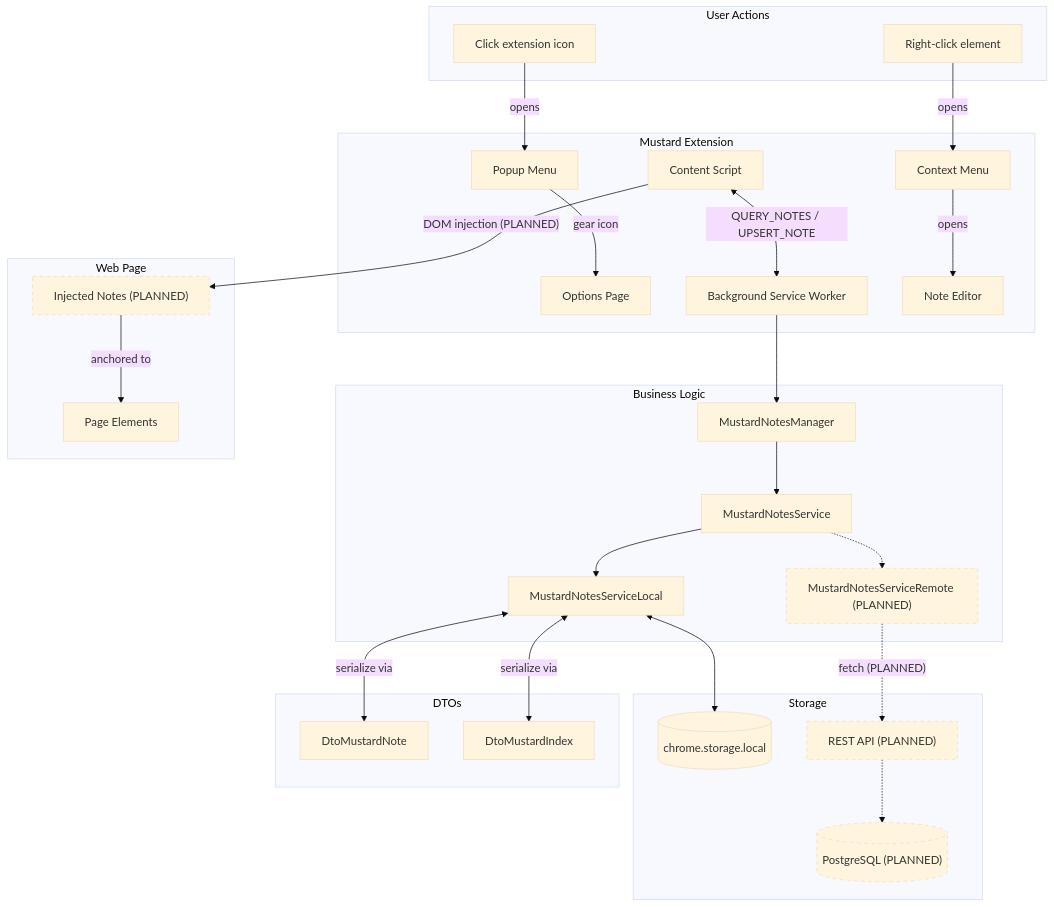
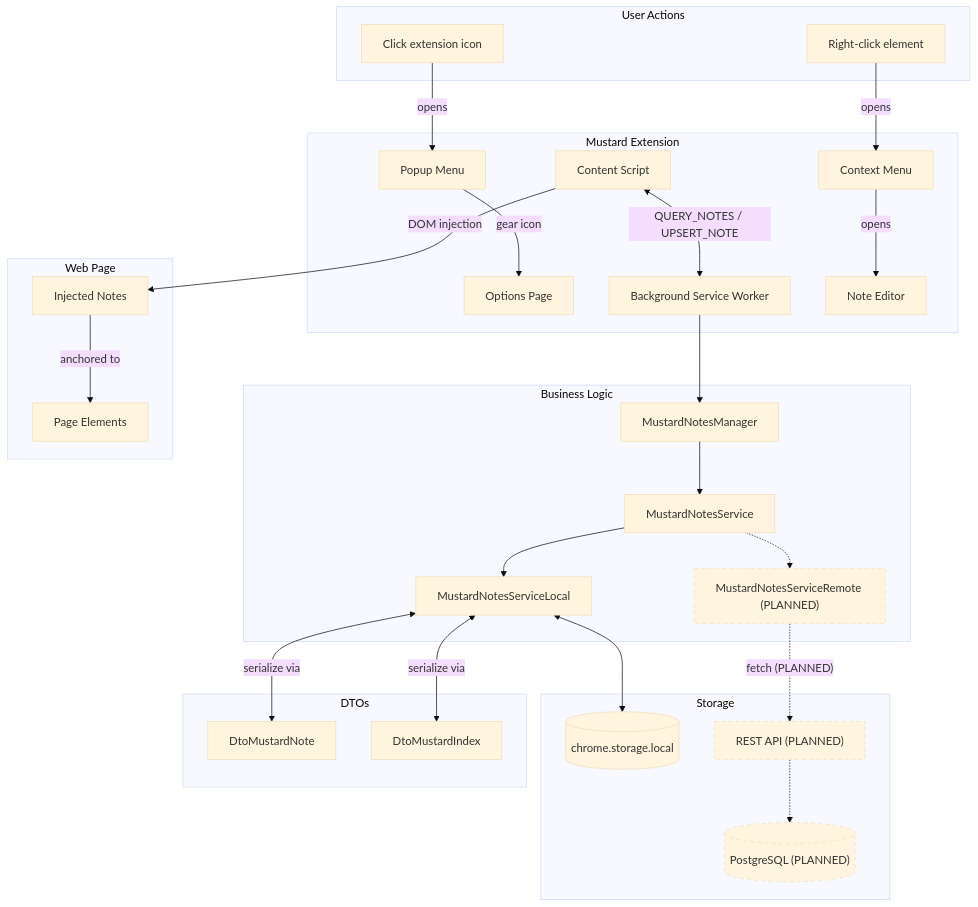
One commit to fettstorch/mustard changed the diagram in PROGRESS.md. Above: the diagram before and after it, drawn with Mermaid (base theme). The commit also changed other lines of this file and 6 other files, not shown here.

````diff
--- a/PROGRESS.md
+++ b/PROGRESS.md
@@ -7,65 +7,64 @@
 ```mermaid
 flowchart TB
     subgraph User["User Actions"]
         Click["Click extension icon"]
         RightClick["Right-click element"]
     end
 
     subgraph Extension["Mustard Extension"]
         Popup["Popup Menu"]
         Options["Options Page"]
         BG["Background Service Worker"]
         CS["Content Script"]
         CtxMenu["Context Menu"]
         NoteEditor["Note Editor"]
     end
 
     subgraph Business["Business Logic"]
         Manager["MustardNotesManager"]
         ServiceInterface["MustardNotesService"]
         LocalService["MustardNotesServiceLocal"]
         RemoteService["MustardNotesServiceRemote (PLANNED)"]
     end
 
     subgraph Storage["Storage"]
         ChromeStorage[("chrome.storage.local")]
         API["REST API (PLANNED)"]
         DB[("PostgreSQL (PLANNED)")]
     end
 
     subgraph DTOs["DTOs"]
         DtoNote["DtoMustardNote"]
         DtoIndex["DtoMustardIndex"]
     end
 
     subgraph Page["Web Page"]
         Elements["Page Elements"]
-        Notes["Injected Notes (PLANNED)"]
+        Notes["Injected Notes"]
     end
 
     Click -->|"opens"| Popup
     Popup -->|"gear icon"| Options
     RightClick -->|"opens"| CtxMenu
     CtxMenu -->|"opens"| NoteEditor
 
     CS <-->|"QUERY_NOTES / UPSERT_NOTE"| BG
     BG --> Manager
     Manager --> ServiceInterface
     ServiceInterface --> LocalService
     ServiceInterface -.-> RemoteService
 
     LocalService <-->|"serialize via"| DtoNote
     LocalService <-->|"serialize via"| DtoIndex
     LocalService <--> ChromeStorage
 
     RemoteService -.->|"fetch (PLANNED)"| API
     API -.-> DB
 
-    CS -->|"DOM injection (PLANNED)"| Notes
+    CS -->|"DOM injection"| Notes
     Notes -->|"anchored to"| Elements
 
     style RemoteService stroke-dasharray: 5 5
     style API stroke-dasharray: 5 5
     style DB stroke-dasharray: 5 5
-    style Notes stroke-dasharray: 5 5
 ```
````
